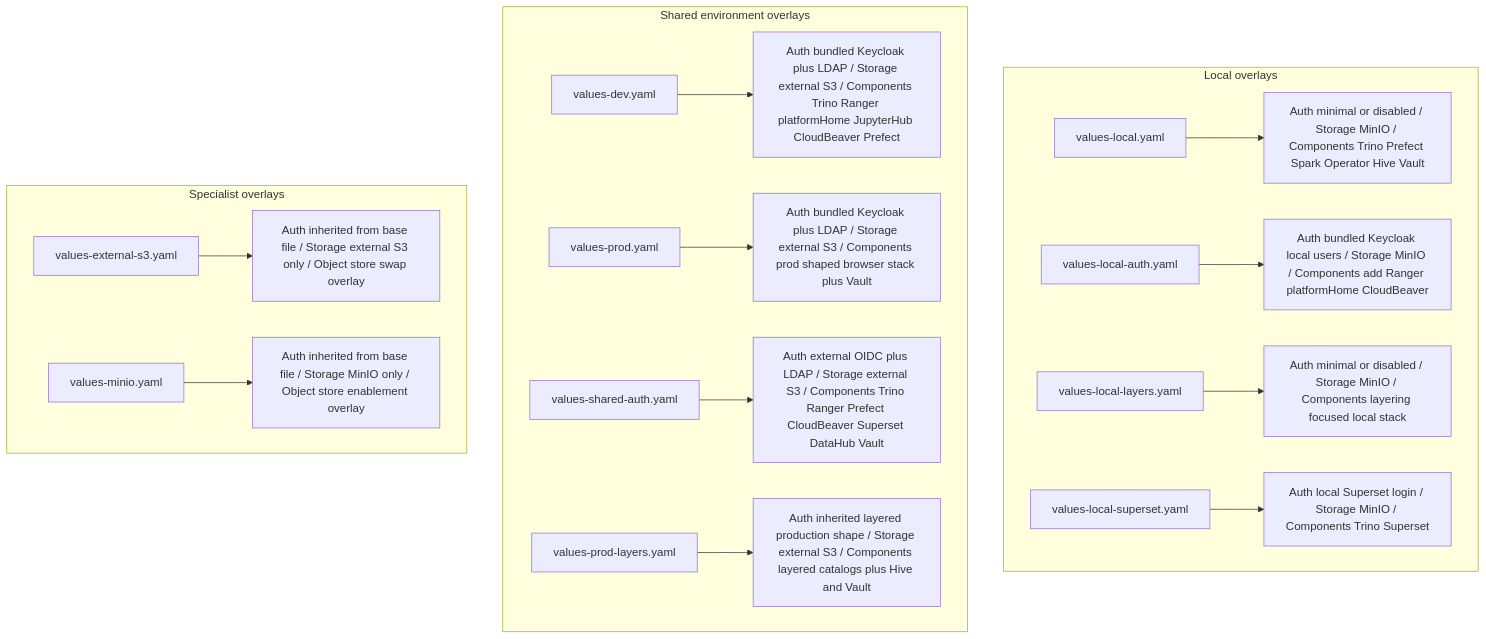
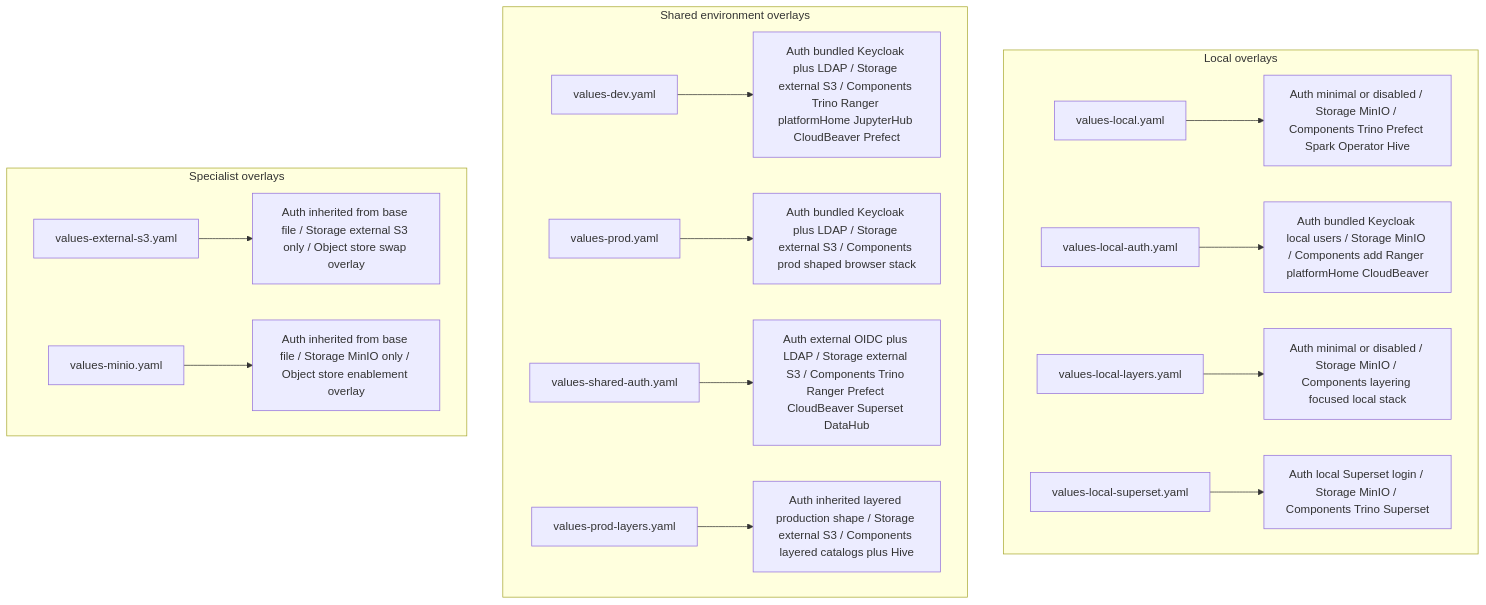
Before and after one commit to sanger-pathogens/dlh-in-a-box-umbrella-helm-chart: the diagram in examples/README.md, drawn with Mermaid. The commit also changed other lines of this file and 7 other files, not shown here.

Commit message:
Remove vault from example value layers and README

````diff
--- a/examples/README.md
+++ b/examples/README.md
@@ -39,42 +39,42 @@
 ```mermaid
 flowchart TD
   subgraph LocalOverlays["Local overlays"]
     LocalFile[values-local.yaml]
-    LocalNote[Auth minimal or disabled / Storage MinIO / Components Trino Prefect Spark Operator Hive Vault]
+    LocalNote[Auth minimal or disabled / Storage MinIO / Components Trino Prefect Spark Operator Hive]
     LocalAuthFile[values-local-auth.yaml]
     LocalAuthNote[Auth bundled Keycloak local users / Storage MinIO / Components add Ranger platformHome CloudBeaver]
     LocalLayersFile[values-local-layers.yaml]
     LocalLayersNote[Auth minimal or disabled / Storage MinIO / Components layering focused local stack]
     LocalSupersetFile[values-local-superset.yaml]
     LocalSupersetNote[Auth local Superset login / Storage MinIO / Components Trino Superset]
   end
 
   subgraph SharedOverlays["Shared environment overlays"]
     DevFile[values-dev.yaml]
     DevNote[Auth bundled Keycloak plus LDAP / Storage external S3 / Components Trino Ranger platformHome JupyterHub CloudBeaver Prefect]
     ProdFile[values-prod.yaml]
-    ProdNote[Auth bundled Keycloak plus LDAP / Storage external S3 / Components prod shaped browser stack plus Vault]
+    ProdNote[Auth bundled Keycloak plus LDAP / Storage external S3 / Components prod shaped browser stack]
     SharedAuthFile[values-shared-auth.yaml]
-    SharedAuthNote[Auth external OIDC plus LDAP / Storage external S3 / Components Trino Ranger Prefect CloudBeaver Superset DataHub Vault]
+    SharedAuthNote[Auth external OIDC plus LDAP / Storage external S3 / Components Trino Ranger Prefect CloudBeaver Superset DataHub]
     ProdLayersFile[values-prod-layers.yaml]
-    ProdLayersNote[Auth inherited layered production shape / Storage external S3 / Components layered catalogs plus Hive and Vault]
+    ProdLayersNote[Auth inherited layered production shape / Storage external S3 / Components layered catalogs plus Hive]
   end
 
   subgraph SpecialistOverlays["Specialist overlays"]
     ExternalS3File[values-external-s3.yaml]
     ExternalS3Note[Auth inherited from base file / Storage external S3 only / Object store swap overlay]
     MinioFile[values-minio.yaml]
     MinioNote[Auth inherited from base file / Storage MinIO only / Object store enablement overlay]
   end
 
   LocalFile --> LocalNote
   LocalAuthFile --> LocalAuthNote
   LocalLayersFile --> LocalLayersNote
   LocalSupersetFile --> LocalSupersetNote
   DevFile --> DevNote
   ProdFile --> ProdNote
   SharedAuthFile --> SharedAuthNote
   ProdLayersFile --> ProdLayersNote
   ExternalS3File --> ExternalS3Note
   MinioFile --> MinioNote
 ```
````
